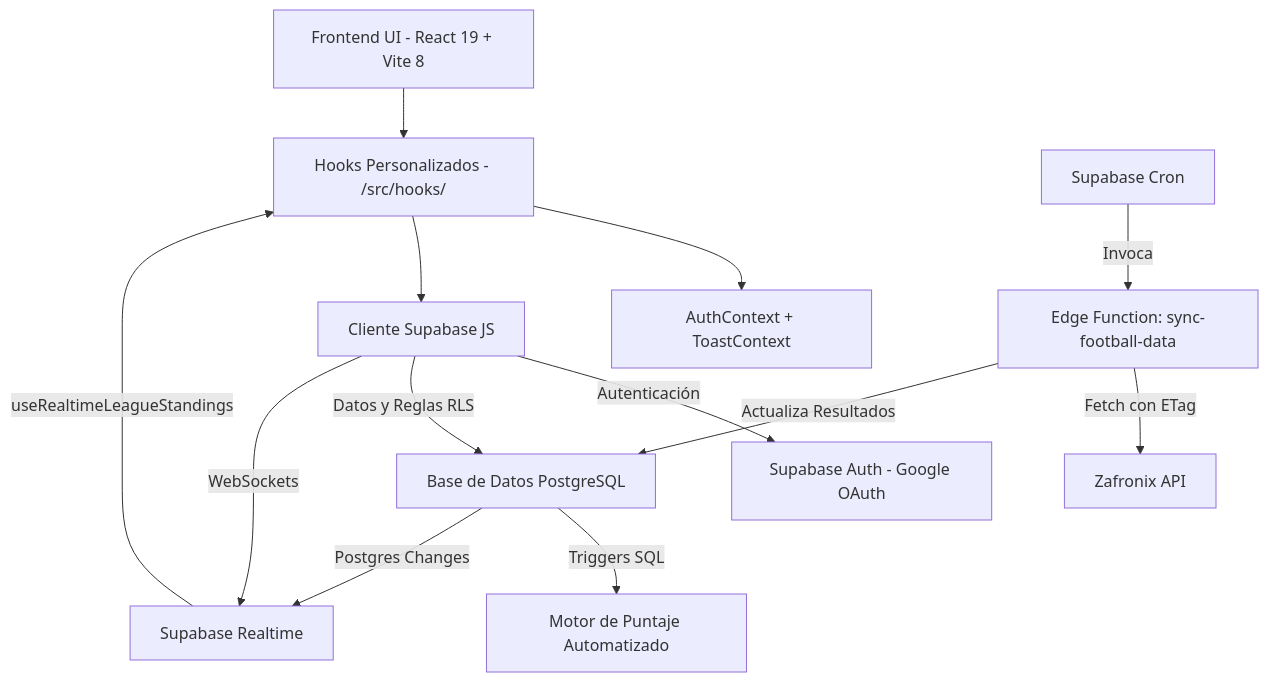
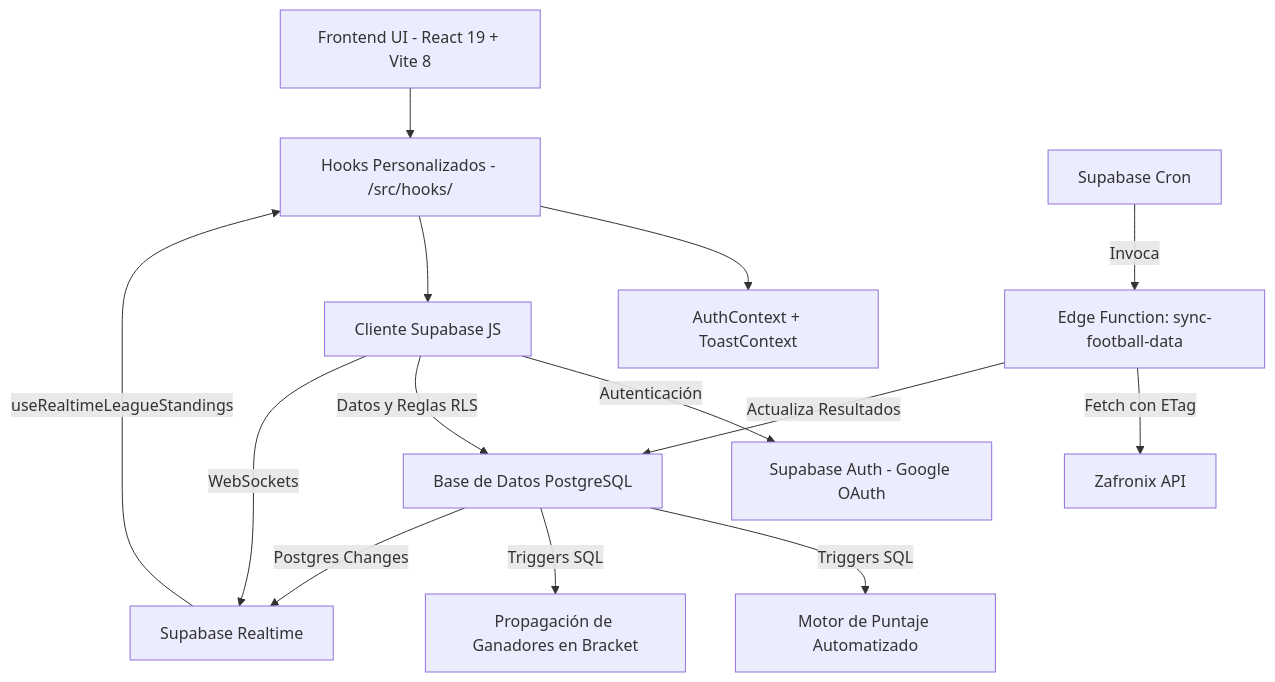
One commit to AlexisAcevedo/ProdeMundial changed the diagram in docs/architecture.md. Above: the diagram before and after it, drawn with Mermaid. The commit also changed other lines of this file and 1 other file, not shown here.

````diff
--- a/docs/architecture.md
+++ b/docs/architecture.md
@@ -15,18 +15,19 @@
 ```mermaid
 graph TD
     UI[Frontend UI - React 19 + Vite 8] --> Hooks[Hooks Personalizados - /src/hooks/]
     Hooks --> Context[AuthContext + ToastContext]
     Hooks --> SBClient[Cliente Supabase JS]
 
     SBClient -->|Autenticación| SBAuth[Supabase Auth - Google OAuth]
     SBClient -->|Datos y Reglas RLS| SBDB[Base de Datos PostgreSQL]
     SBClient -->|WebSockets| SBRealtime[Supabase Realtime]
 
     SBDB -->|Triggers SQL| Score[Motor de Puntaje Automatizado]
+    SBDB -->|Triggers SQL| Bracket[Propagación de Ganadores en Bracket]
     SBDB -->|Postgres Changes| SBRealtime
     SBRealtime -->|useRealtimeLeagueStandings| Hooks
     
     Cron[Supabase Cron] -->|Invoca| EdgeFn[Edge Function: sync-football-data]
     EdgeFn -->|Fetch con ETag| Zafronix[Zafronix API]
     EdgeFn -->|Actualiza Resultados| SBDB
 ```
````
